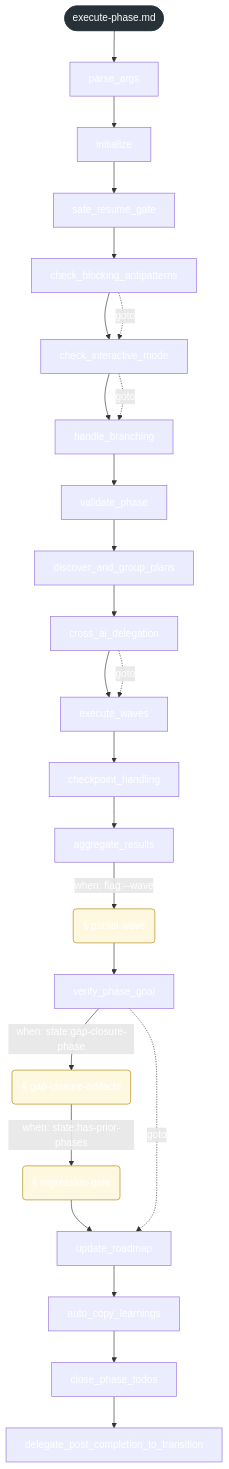
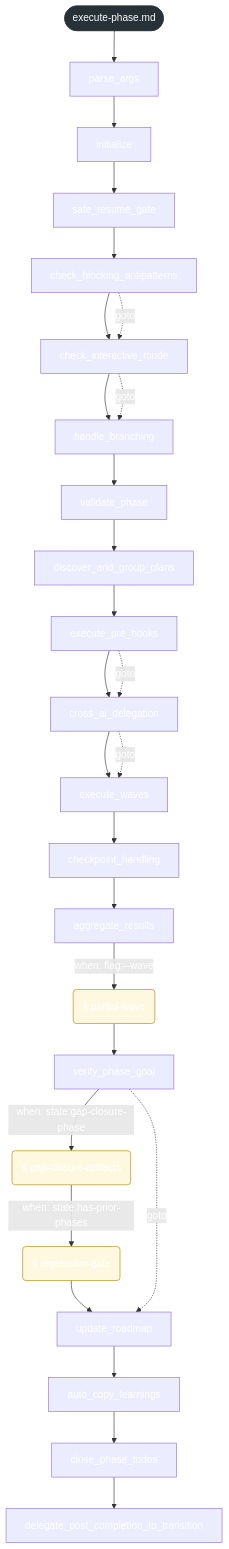
One commit to Govorin/gsd-core changed the first of 2 diagrams in docs/reference/workflow-maps/execute-phase.md. Above: the diagram before and after it, drawn with Mermaid. The commit also changed other lines of this file and 34 other files, not shown here.

````diff
--- a/docs/reference/workflow-maps/execute-phase.md
+++ b/docs/reference/workflow-maps/execute-phase.md
@@ -15,58 +15,61 @@
 ```mermaid
 flowchart TB
   wf_root(["execute-phase.md"]):::root
   u_step_parse_args["parse_args"]
   u_step_initialize["initialize"]
   u_step_safe_resume_gate["safe_resume_gate"]
   u_step_check_blocking_antipatterns["check_blocking_antipatterns"]
   u_step_check_interactive_mode["check_interactive_mode"]
   u_step_handle_branching["handle_branching"]
   u_step_validate_phase["validate_phase"]
   u_step_discover_and_group_plans["discover_and_group_plans"]
+  u_step_execute_pre_hooks["execute_pre_hooks"]
   u_step_cross_ai_delegation["cross_ai_delegation"]
   u_step_execute_waves["execute_waves"]
   u_step_checkpoint_handling["checkpoint_handling"]
   u_step_aggregate_results["aggregate_results"]
   u_section_partial_wave("§ partial-wave"):::conditional
   u_step_verify_phase_goal["verify_phase_goal"]
   u_section_gap_closure_artifacts("§ gap-closure-artifacts"):::conditional
   u_section_regression_gate("§ regression-gate"):::conditional
   u_step_update_roadmap["update_roadmap"]
   u_step_auto_copy_learnings["auto_copy_learnings"]
   u_step_close_phase_todos["close_phase_todos"]
   u_step_delegate_post_completion_to_transition["delegate_post_completion_to_transition"]
   wf_root --> u_step_parse_args
   u_step_parse_args --> u_step_initialize
   u_step_initialize --> u_step_safe_resume_gate
   u_step_safe_resume_gate --> u_step_check_blocking_antipatterns
   u_step_check_blocking_antipatterns --> u_step_check_interactive_mode
   u_step_check_interactive_mode --> u_step_handle_branching
   u_step_handle_branching --> u_step_validate_phase
   u_step_validate_phase --> u_step_discover_and_group_plans
-  u_step_discover_and_group_plans --> u_step_cross_ai_delegation
+  u_step_discover_and_group_plans --> u_step_execute_pre_hooks
+  u_step_execute_pre_hooks --> u_step_cross_ai_delegation
   u_step_cross_ai_delegation --> u_step_execute_waves
   u_step_execute_waves --> u_step_checkpoint_handling
   u_step_checkpoint_handling --> u_step_aggregate_results
   u_step_aggregate_results -->|"when#58; flag#58;#45;#45;wave"| u_section_partial_wave
   u_section_partial_wave --> u_step_verify_phase_goal
   u_step_verify_phase_goal -->|"when#58; state#58;gap-closure-phase"| u_section_gap_closure_artifacts
   u_section_gap_closure_artifacts -->|"when#58; state#58;has-prior-phases"| u_section_regression_gate
   u_section_regression_gate --> u_step_update_roadmap
   u_step_update_roadmap --> u_step_auto_copy_learnings
   u_step_auto_copy_learnings --> u_step_close_phase_todos
   u_step_close_phase_todos --> u_step_delegate_post_completion_to_transition
   u_step_check_blocking_antipatterns -.->|"goto"| u_step_check_interactive_mode
   u_step_check_interactive_mode -.->|"goto"| u_step_handle_branching
+  u_step_execute_pre_hooks -.->|"goto"| u_step_cross_ai_delegation
   u_step_cross_ai_delegation -.->|"goto"| u_step_execute_waves
   u_step_verify_phase_goal -.->|"goto"| u_step_update_roadmap
   classDef missing fill:#fdecea,stroke:#d33,stroke-dasharray:4 3
   classDef unparsed fill:#f5f5f5,stroke:#999999,stroke-dasharray:4 3,color:#555
   classDef conditional fill:#fff8e1,stroke:#b28704
   classDef root fill:#263238,color:#ffffff,stroke:#263238
   classDef agent fill:#e8f0fe,stroke:#3367d6
   classDef builtin fill:#eeeeee,stroke:#777777
   classDef capability fill:#e6f4ea,stroke:#2e7d32
   classDef dynamic fill:#f2f2f2,stroke:#888,stroke-dasharray:2 2
   classDef point fill:#f3e8fd,stroke:#8e24aa
   classDef workflow fill:#ffffff,stroke:#555555
 ```
````
